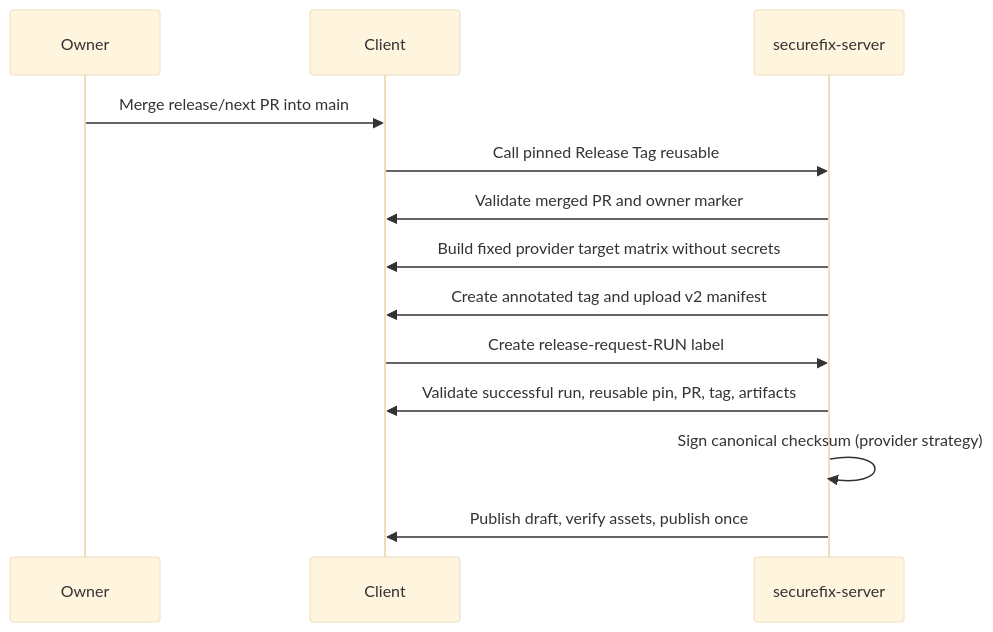
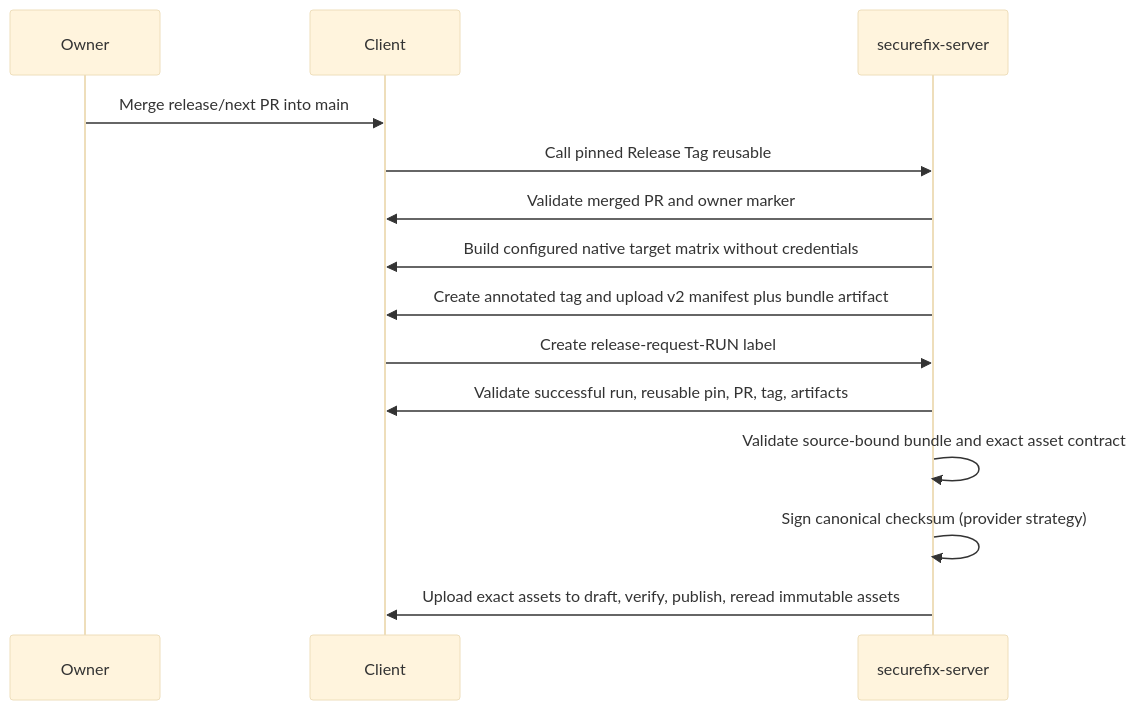
One commit to civitaspo/securefix-server changed the diagram in docs/client-releases.md. Above: the diagram before and after it, drawn with Mermaid (base theme). The commit also changed other lines of this file and 80 other files, not shown here.

First line of the commit message:
Integrate qualified immutable native Server and Client implementation (#210)

````diff
--- a/docs/client-releases.md
+++ b/docs/client-releases.md
@@ -7,15 +7,16 @@
 ```mermaid
 sequenceDiagram
   participant Owner
   participant Client
   participant Server as securefix-server
   Owner->>Client: Merge release/next PR into main
   Client->>Server: Call pinned Release Tag reusable
   Server->>Client: Validate merged PR and owner marker
-  Server->>Client: Build fixed provider target matrix without secrets
-  Server->>Client: Create annotated tag and upload v2 manifest
+  Server->>Client: Build configured native target matrix without credentials
+  Server->>Client: Create annotated tag and upload v2 manifest plus bundle artifact
   Client->>Server: Create release-request-RUN label
   Server->>Client: Validate successful run, reusable pin, PR, tag, artifacts
+  Server->>Server: Validate source-bound bundle and exact asset contract
   Server->>Server: Sign canonical checksum (provider strategy)
-  Server->>Client: Publish draft, verify assets, publish once
+  Server->>Client: Upload exact assets to draft, verify, publish, reread immutable assets
 ```
````
